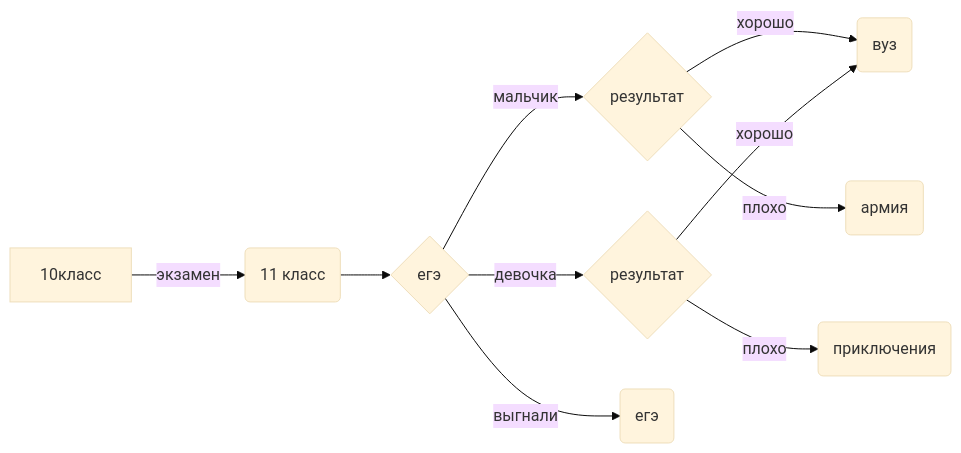
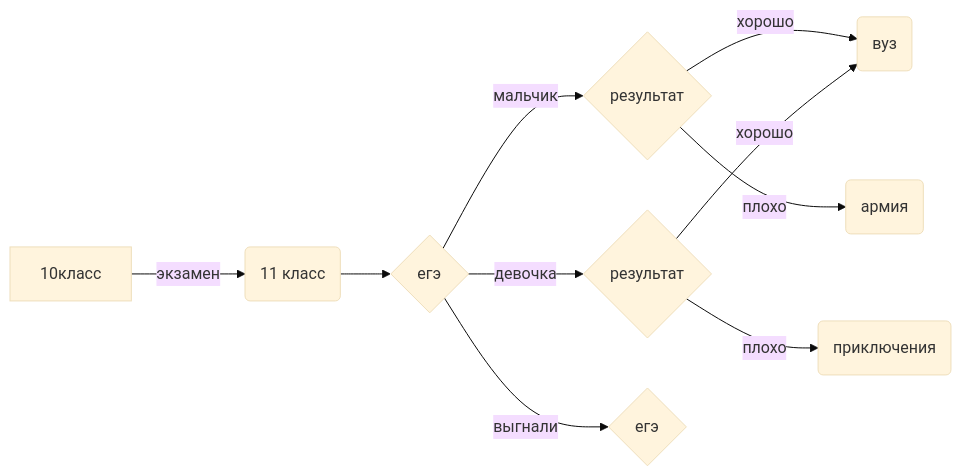
The diagram in README.md (nmt132/132-NOVIKOV), drawn with Mermaid (base theme) before and after one commit.

````diff
--- a/README.md
+++ b/README.md
@@ -31,13 +31,13 @@
 ```mermaid
 flowchart LR
 
 A[10класс] -->|экзамен| B(11 класс)
 B --> C{егэ}
 C -->|мальчик| D{результат}
 C -->|девочка| E{результат}
 D -->|хорошо|F(вуз)
 E -->|хорошо|F(вуз)
 D -->|плохо|G(армия)
 E -->|плохо|H(приключения)
-C -->|выгнали|С(егэ)
+C -->|выгнали|С{егэ}
 ```
````
